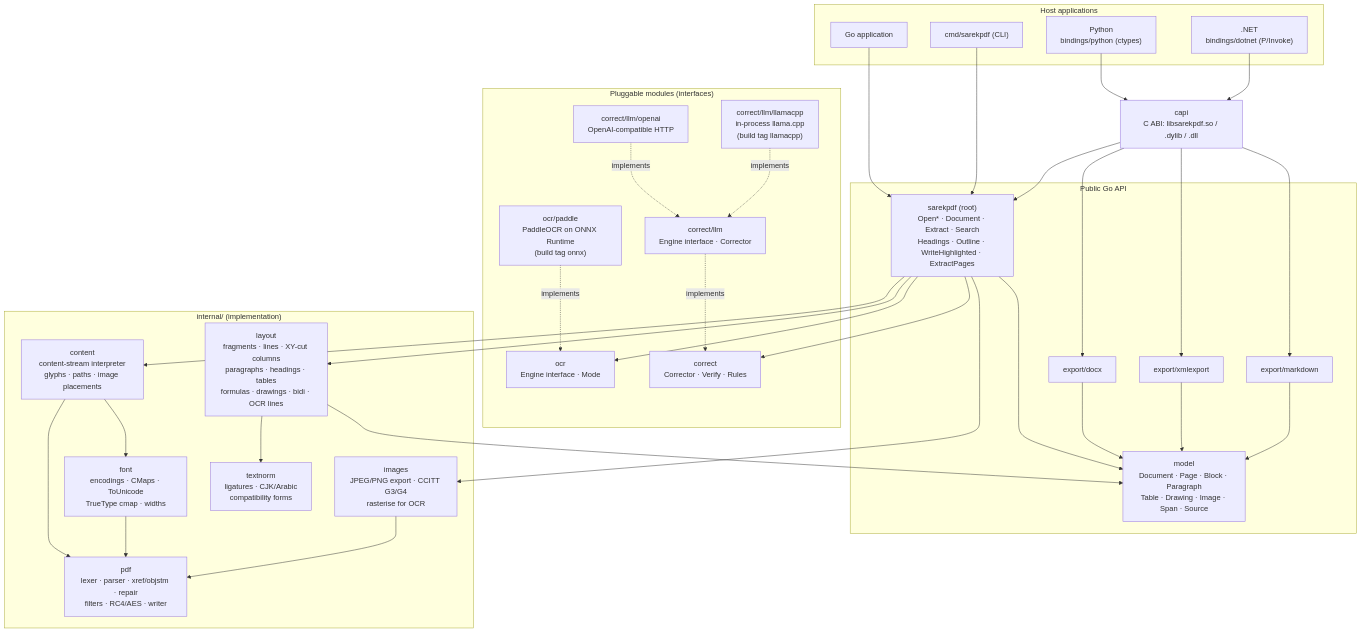
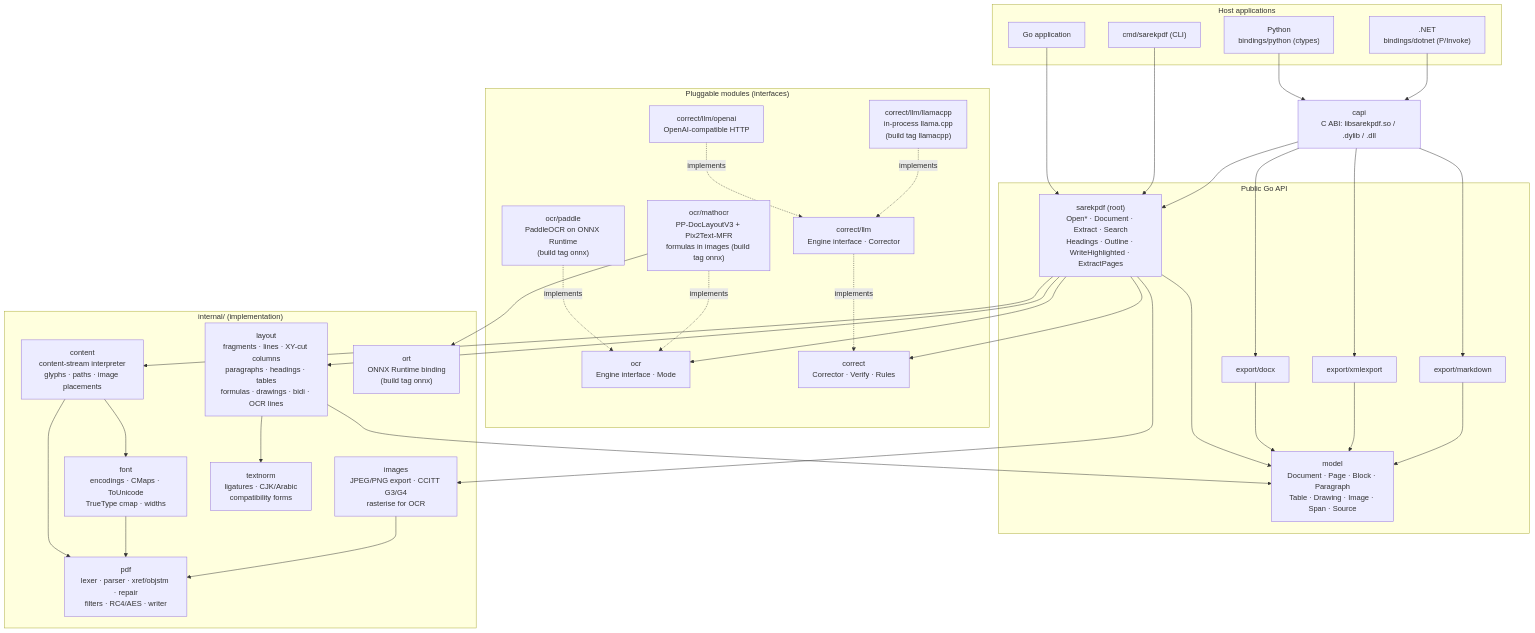
One commit to khanshahan/sarek_pdf changed the first of 9 diagrams in docs/architecture.md. Above: the diagram before and after it, drawn with Mermaid. The commit also changed other lines of this file and 32 other files, not shown here.

````diff
--- a/docs/architecture.md
+++ b/docs/architecture.md
@@ -22,67 +22,71 @@
 ```mermaid
 flowchart TB
     subgraph Hosts["Host applications"]
         GOAPP["Go application"]
         PY["Python<br/>bindings/python (ctypes)"]
         NET[".NET<br/>bindings/dotnet (P/Invoke)"]
         CLI["cmd/sarekpdf (CLI)"]
     end
 
     CAPI["capi<br/>C ABI: libsarekpdf.so / .dylib / .dll"]
 
     subgraph Public["Public Go API"]
         ROOT["sarekpdf (root)<br/>Open* · Document · Extract · Search<br/>Headings · Outline · WriteHighlighted · ExtractPages"]
         MODEL["model<br/>Document · Page · Block · Paragraph<br/>Table · Drawing · Image · Span · Source"]
         DOCX["export/docx"]
         XML["export/xmlexport"]
         MD["export/markdown"]
     end
 
     subgraph Plug["Pluggable modules (interfaces)"]
         OCRI["ocr<br/>Engine interface · Mode"]
         PADDLE["ocr/paddle<br/>PaddleOCR on ONNX Runtime<br/>(build tag onnx)"]
+        MATHOCR["ocr/mathocr<br/>PP-DocLayoutV3 + Pix2Text-MFR<br/>formulas in images (build tag onnx)"]
         CORR["correct<br/>Corrector · Verify · Rules"]
         LLM["correct/llm<br/>Engine interface · Corrector"]
         OAI["correct/llm/openai<br/>OpenAI-compatible HTTP"]
         LCPP["correct/llm/llamacpp<br/>in-process llama.cpp<br/>(build tag llamacpp)"]
     end
 
     subgraph Internal["internal/ (implementation)"]
         LAYOUT["layout<br/>fragments · lines · XY-cut columns<br/>paragraphs · headings · tables<br/>formulas · drawings · bidi · OCR lines"]
         CONTENT["content<br/>content-stream interpreter<br/>glyphs · paths · image placements"]
         FONT["font<br/>encodings · CMaps · ToUnicode<br/>TrueType cmap · widths"]
         IMAGES["images<br/>JPEG/PNG export · CCITT G3/G4<br/>rasterise for OCR"]
         TEXTNORM["textnorm<br/>ligatures · CJK/Arabic<br/>compatibility forms"]
         PDF["pdf<br/>lexer · parser · xref/objstm · repair<br/>filters · RC4/AES · writer"]
+        ORT["ort<br/>ONNX Runtime binding<br/>(build tag onnx)"]
     end
 
     GOAPP --> ROOT
     CLI --> ROOT
     PY --> CAPI
     NET --> CAPI
     CAPI --> ROOT
     CAPI --> DOCX
     CAPI --> XML
     CAPI --> MD
 
     ROOT --> MODEL
     DOCX --> MODEL
     XML --> MODEL
     MD --> MODEL
     ROOT --> OCRI
     ROOT --> CORR
     PADDLE -. implements .-> OCRI
+    MATHOCR -. implements .-> OCRI
     LLM -. implements .-> CORR
     OAI -. implements .-> LLM
     LCPP -. implements .-> LLM
 
     ROOT --> LAYOUT
     ROOT --> CONTENT
     ROOT --> IMAGES
     LAYOUT --> MODEL
     LAYOUT --> TEXTNORM
     CONTENT --> FONT
     CONTENT --> PDF
     FONT --> PDF
     IMAGES --> PDF
+    MATHOCR --> ORT
 ```
````
